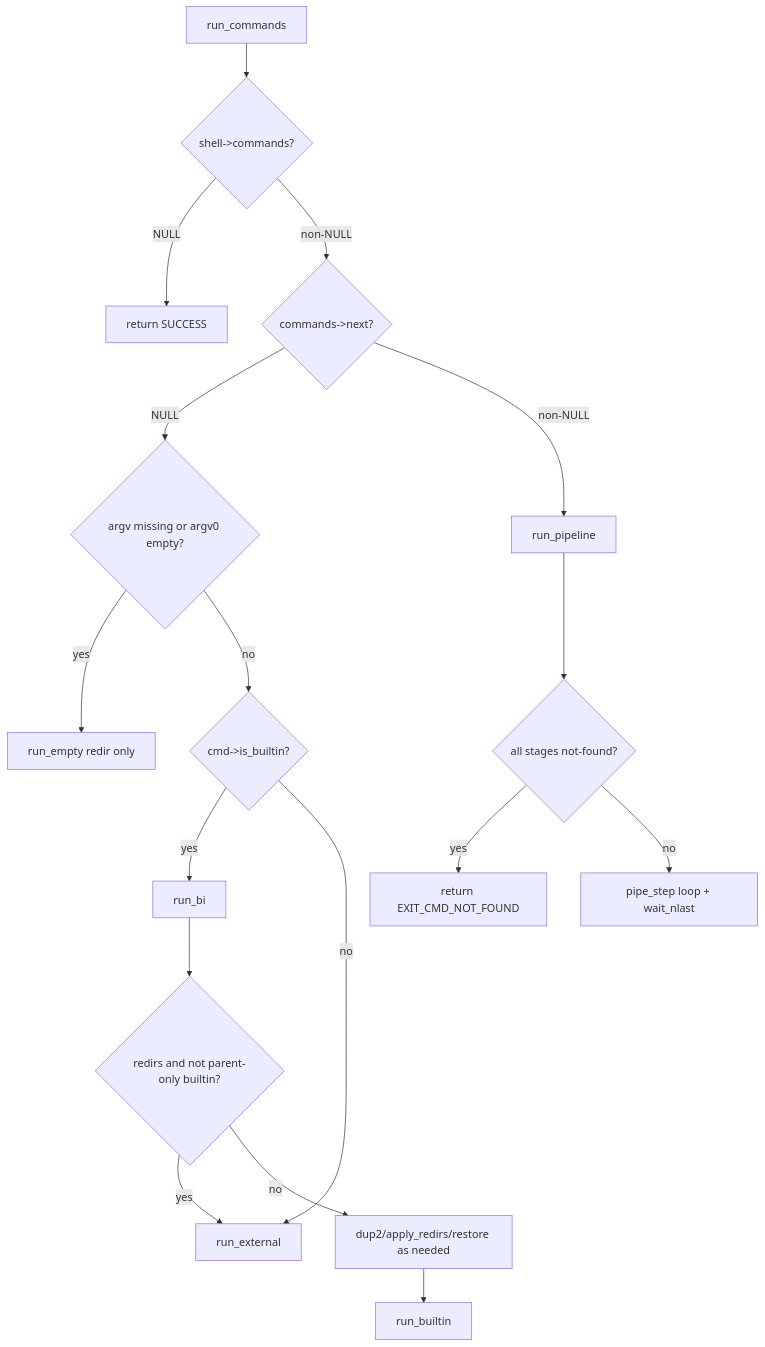
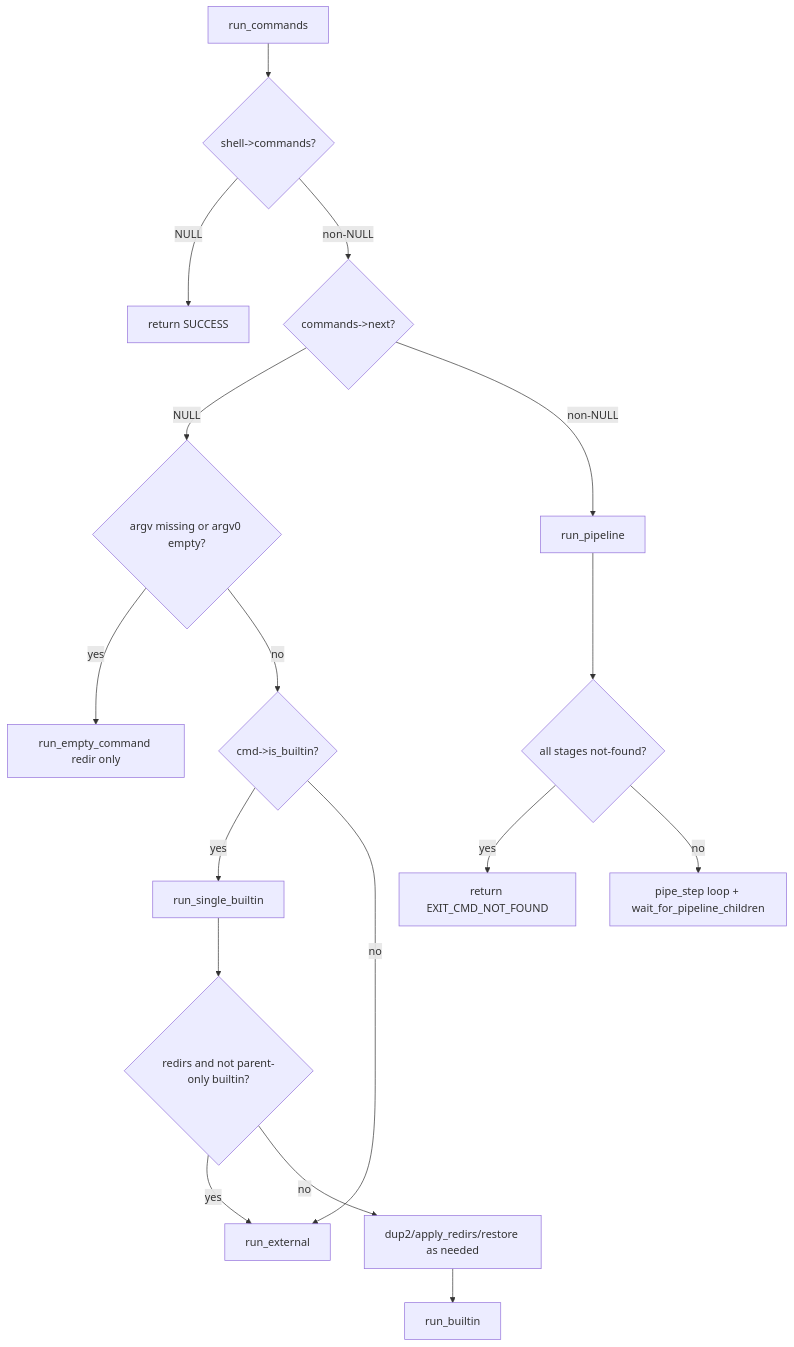
One commit to gkhavari/minishell changed diagram 11 of 14 in docs/MINISHELL_ARCHITECTURE.md. Above: the diagram before and after it, drawn with Mermaid. The commit also changed other lines of this file and 3 other files, not shown here.

````diff
--- a/docs/MINISHELL_ARCHITECTURE.md
+++ b/docs/MINISHELL_ARCHITECTURE.md
@@ -769,20 +785,20 @@
 ```mermaid
 flowchart TD
     EC[run_commands]
     EC --> NO_CMD{shell->commands?}
     NO_CMD -->|NULL| R0[return SUCCESS]
     NO_CMD -->|non-NULL| ONE{commands->next?}
     ONE -->|NULL| EMP{argv missing or argv0 empty?}
-    EMP -->|yes| EMPTY[run_empty redir only]
+    EMP -->|yes| EMPTY[run_empty_command redir only]
     EMP -->|no| BUILTIN{cmd->is_builtin?}
-    BUILTIN -->|yes| RB[run_bi]
+    BUILTIN -->|yes| RB[run_single_builtin]
     BUILTIN -->|no| EXT[run_external]
     RB --> RBX{redirs and not parent-only builtin?}
     RBX -->|yes| EXT
     RBX -->|no| RBP[dup2/apply_redirs/restore as needed]
     RBP --> RUNB[run_builtin]
     ONE -->|non-NULL| PIPE[run_pipeline]
     PIPE --> NF{all stages not-found?}
     NF -->|yes| R127[return EXIT_CMD_NOT_FOUND]
-    NF -->|no| FORK[pipe_step loop + wait_nlast]
+    NF -->|no| FORK[pipe_step loop + wait_for_pipeline_children]
 ```
````
